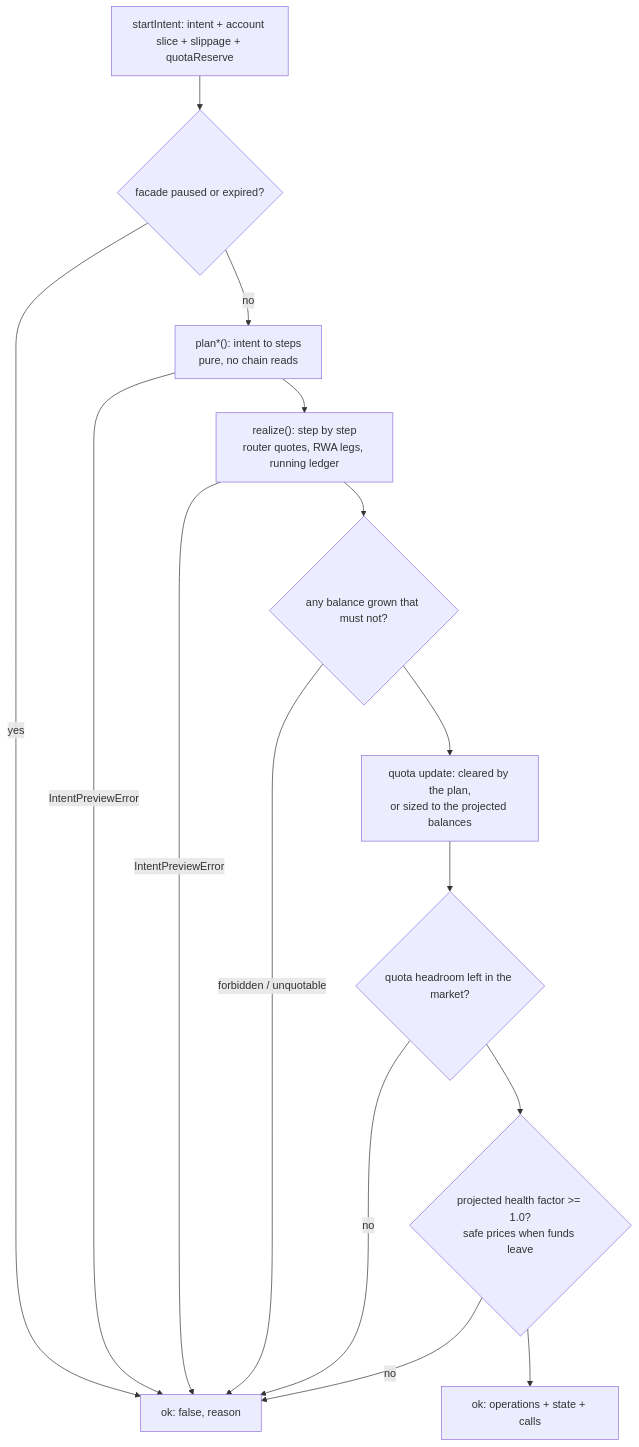
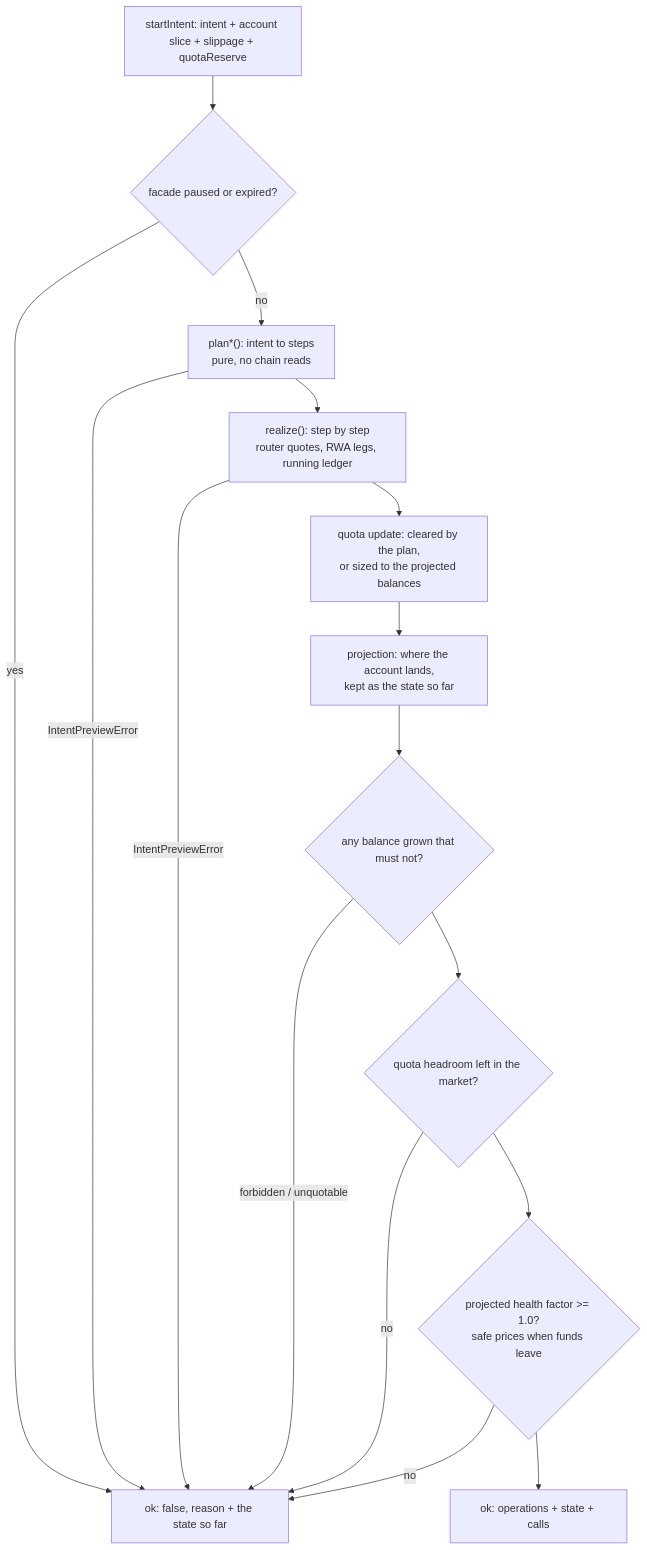
Before and after one commit to Gearbox-protocol/sdk: the first of 3 diagrams in docs/intents/README.md, drawn with Mermaid. The commit also changed other lines of this file and 11 other files, not shown here.

````diff
--- a/docs/intents/README.md
+++ b/docs/intents/README.md
@@ -29,28 +29,30 @@
 ```mermaid
 flowchart TD
   req["startIntent: intent + account slice + slippage + quotaReserve"]
   op{"facade paused or expired?"}
   plan["plan*(): intent to steps<br/>pure, no chain reads"]
   loop["realize(): step by step<br/>router quotes, RWA legs, running ledger"]
+  quota["quota update: cleared by the plan,<br/>or sized to the projected balances"]
+  proj["projection: where the account lands,<br/>kept as the state so far"]
   growth{"any balance grown that must not?"}
-  quota["quota update: cleared by the plan,<br/>or sized to the projected balances"]
   head{"quota headroom left in the market?"}
   hf{"projected health factor >= 1.0?<br/>safe prices when funds leave"}
   ok["ok: operations + state + calls"]
-  no["ok: false, reason"]
+  no["ok: false, reason + the state so far"]
 
   req --> op
   op -->|"yes"| no
   op -->|"no"| plan
   plan -->|"IntentPreviewError"| no
   plan --> loop
   loop -->|"IntentPreviewError"| no
-  loop --> growth
+  loop --> quota
+  quota --> proj
+  proj --> growth
   growth -->|"forbidden / unquotable"| no
-  growth --> quota
-  quota --> head
+  growth --> head
   head -->|"no"| no
   head --> hf
   hf -->|"no"| no
   hf --> ok
 ```
````
